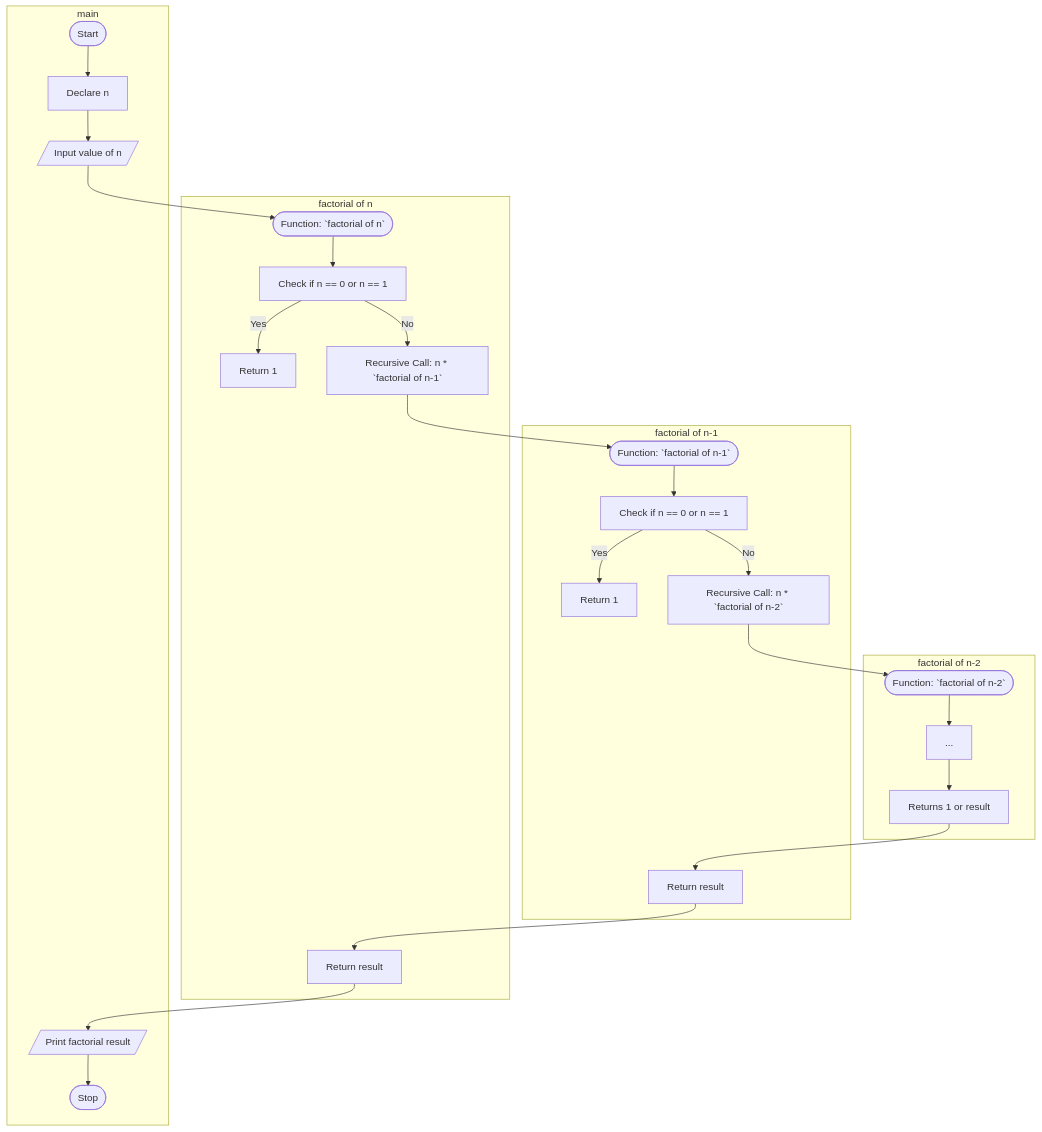
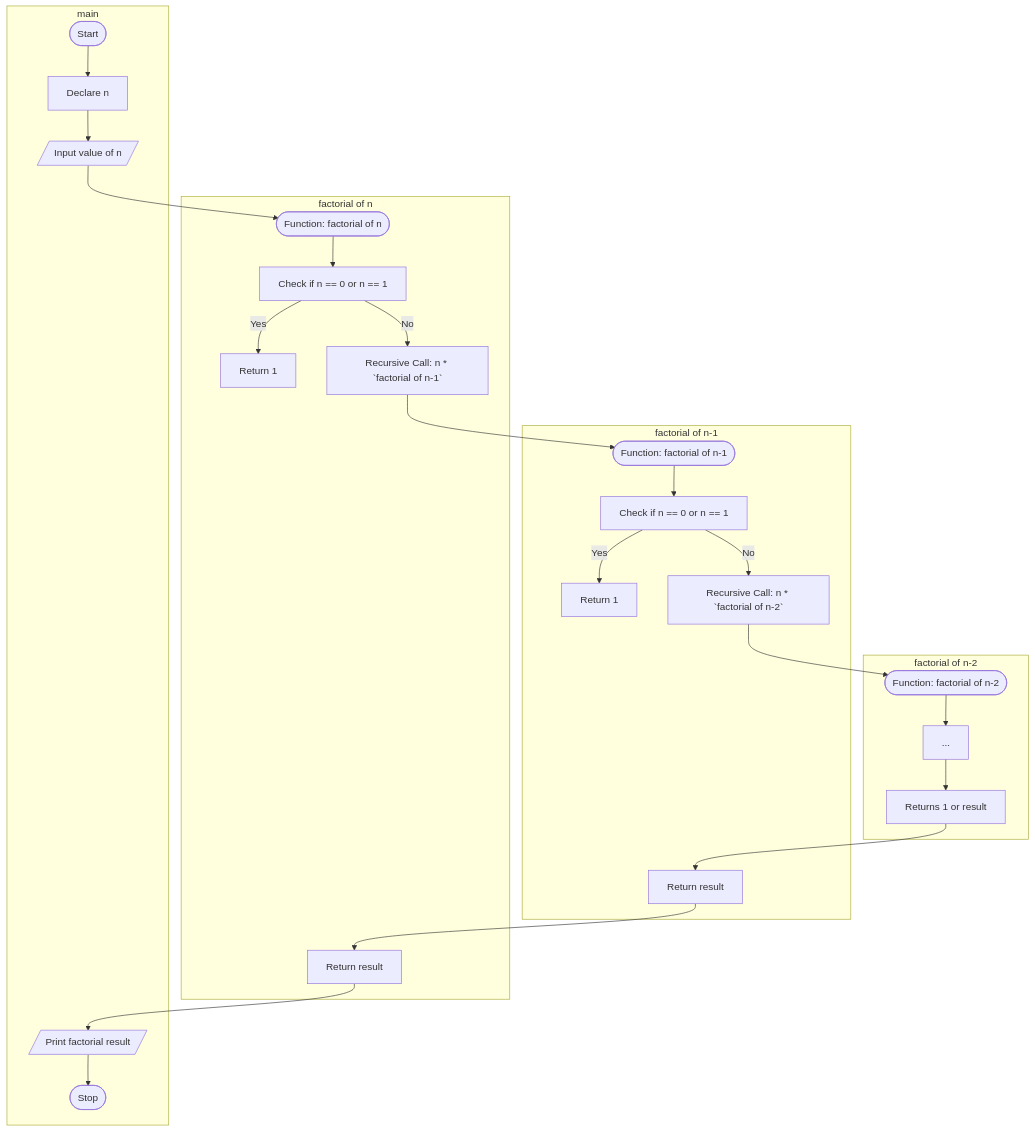
The second of 2 diagrams in PR/P8 - Recursion.md (Vinit-source/Programming-for-problem-solving), drawn with Mermaid before and after one commit. The commit also changed other lines of this file, not shown here.

Commit message:
PR/P8 - Recursion.md updated from https://stackedit.io/

````diff
--- a/PR/P8 - Recursion.md
+++ b/PR/P8 - Recursion.md
@@ -46,31 +46,31 @@
 ```mermaid
 flowchart TD;
 subgraph ide3["factorial of n-2"]
-	funcStart3([Function: `factorial of n-2`])
+	funcStart3([Function: factorial of n-2])
 	funcStart3 --> B3[...];
 	B3 --> E3[Returns 1 or result];
 end
 subgraph ide2["factorial of n-1"]
-	    funcStart2([Function: `factorial of n-1`])
+	    funcStart2([Function: factorial of n-1])
         funcStart2 --> B2[Check if n == 0 or n == 1];
         B2 -- Yes --> C2[Return 1];
         B2 -- No --> D2["Recursive Call: n * `factorial of n-2`"];
         D2 --> funcStart3;
         E3 --> E2[Return result];
  end
  subgraph ide1["factorial of n"]
-	    funcStart([Function: `factorial of n`])
+	    funcStart([Function: factorial of n])
         funcStart --> B1[Check if n == 0 or n == 1];
         B1 -- Yes --> C1[Return 1];
         B1 -- No --> D1["Recursive Call: n * `factorial of n-1`"];
         D1 --> funcStart2
         E2 --> E1[Return result];
     end
 subgraph main
 	Start([Start]) --> B[Declare n];
     B --> C[/Input value of n/];
     C --> funcStart
     E1 -->  E[/Print factorial result/];
     E --> F([Stop]);
    end
 ```
````
